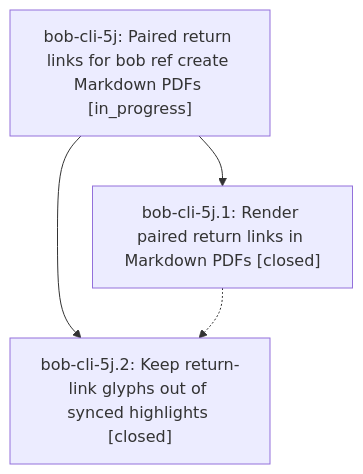
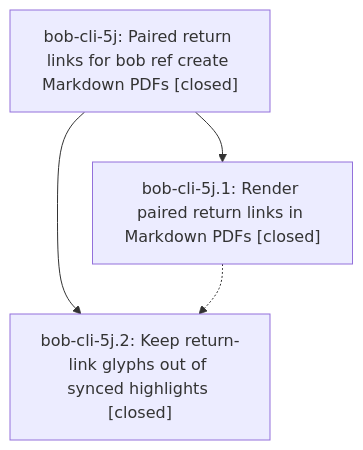
Before and after one commit to bobs-org/bob-cli--beads: the diagram in pages/bob-cli-5j/README.md, drawn with Mermaid. The commit also changed other lines of this file and 1 other file, not shown here.

First line of the commit message:
chore(beads): sync bead state and pages for bob-cli-5j

````diff
--- a/pages/bob-cli-5j/README.md
+++ b/pages/bob-cli-5j/README.md
@@ -35,9 +44,9 @@
 ```mermaid
 flowchart TD
-    n0["bob-cli-5j: Paired return links for bob ref create Markdown PDFs [in_progress]"]
+    n0["bob-cli-5j: Paired return links for bob ref create Markdown PDFs [closed]"]
     n1["bob-cli-5j.1: Render paired return links in Markdown PDFs [closed]"]
     n2["bob-cli-5j.2: Keep return-link glyphs out of synced highlights [closed]"]
     n0 --> n1
     n0 --> n2
     n1 -.-> n2
 ```
````
